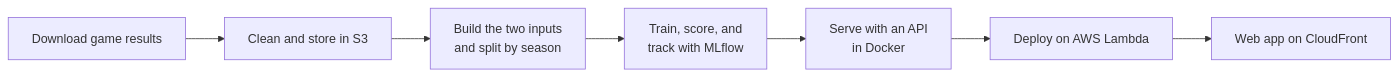
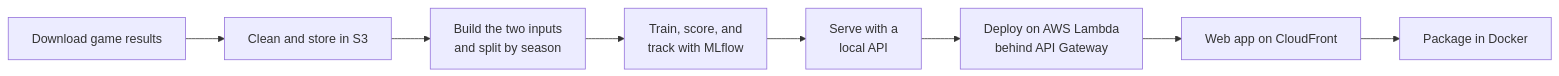
The diagram in docs/index.md (jconnors23/510-m3-nfl-prediction-analytics), drawn with Mermaid before and after one commit. The commit also changed other lines of this file and 8 other files, not shown here.

````diff
--- a/docs/index.md
+++ b/docs/index.md
@@ -23,9 +23,10 @@
 ```mermaid
 flowchart LR
     A[Download game results] --> B[Clean and store in S3]
     B --> C[Build the two inputs<br/>and split by season]
     C --> D[Train, score, and<br/>track with MLflow]
-    D --> E[Serve with an API<br/>in Docker]
-    E --> F[Deploy on AWS Lambda]
+    D --> E[Serve with a<br/>local API]
+    E --> F[Deploy on AWS Lambda<br/>behind API Gateway]
     F --> G[Web app on CloudFront]
+    G --> H[Package in Docker]
 ```
````
